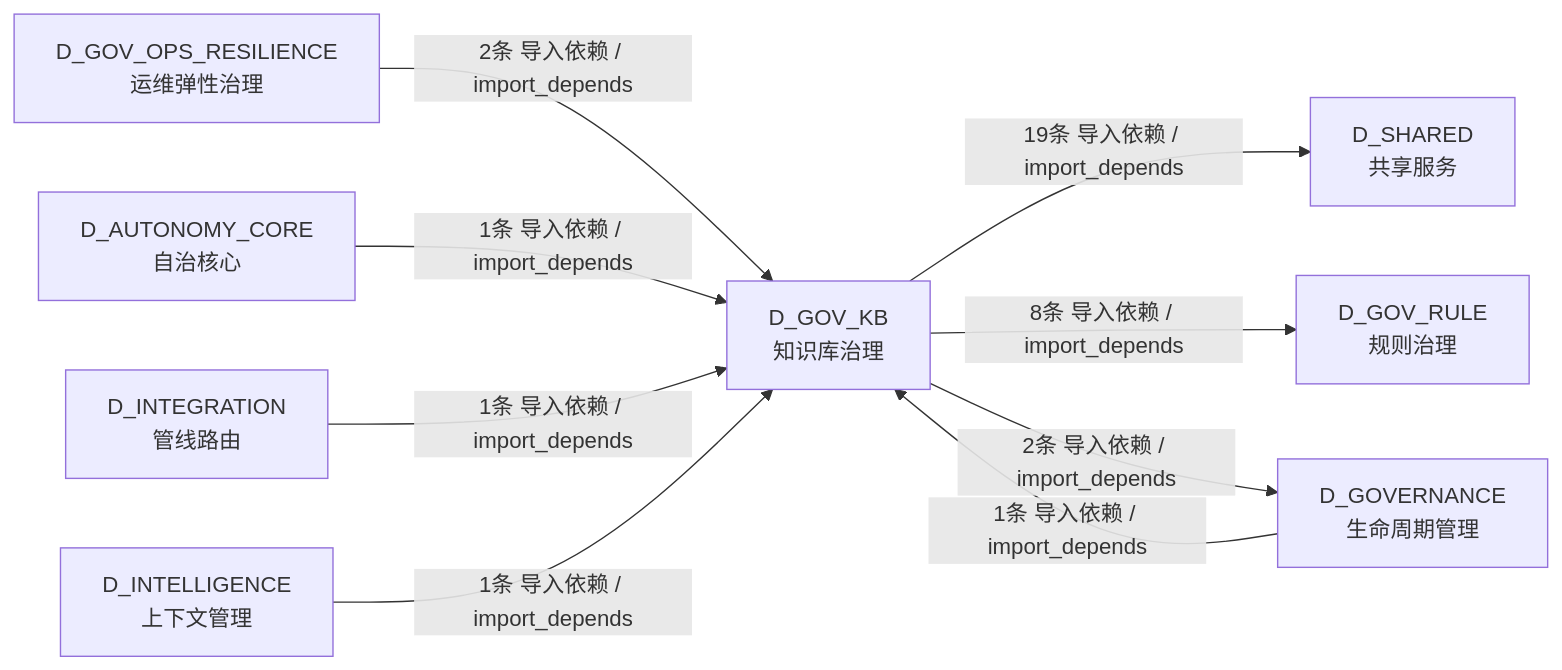
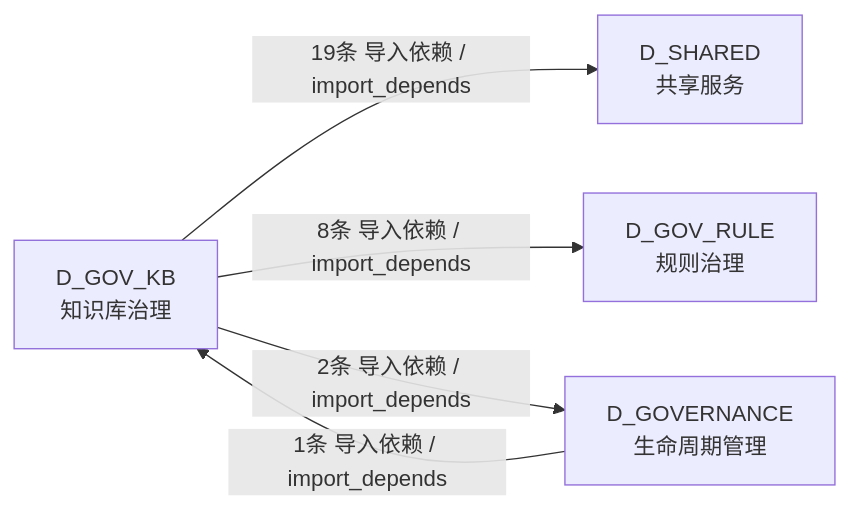
Before and after one commit to xuanFelixVan/ZephyrAlpha: the fourth of 4 diagrams in docs/02_enterprise_architecture/02_domain_architecture_docs/43_d_gov_kb.md, drawn with Mermaid. The commit also changed other lines of this file and 126 other files, not shown here.

````diff
--- a/docs/02_enterprise_architecture/02_domain_architecture_docs/43_d_gov_kb.md
+++ b/docs/02_enterprise_architecture/02_domain_architecture_docs/43_d_gov_kb.md
@@ -320,19 +298,11 @@
 ```mermaid
 graph LR
     D_GOV_KB["D_GOV_KB<br/>知识库治理"]
     D_SHARED["D_SHARED<br/>共享服务"]
     D_GOV_RULE["D_GOV_RULE<br/>规则治理"]
     D_GOVERNANCE["D_GOVERNANCE<br/>生命周期管理"]
-    D_GOV_OPS_RESILIENCE["D_GOV_OPS_RESILIENCE<br/>运维弹性治理"]
-    D_AUTONOMY_CORE["D_AUTONOMY_CORE<br/>自治核心"]
-    D_INTEGRATION["D_INTEGRATION<br/>管线路由"]
-    D_INTELLIGENCE["D_INTELLIGENCE<br/>上下文管理"]
     D_GOV_KB -->|19条 导入依赖 / import_depends| D_SHARED
     D_GOV_KB -->|8条 导入依赖 / import_depends| D_GOV_RULE
     D_GOV_KB -->|2条 导入依赖 / import_depends| D_GOVERNANCE
-    D_GOV_OPS_RESILIENCE -->|2条 导入依赖 / import_depends| D_GOV_KB
-    D_AUTONOMY_CORE -->|1条 导入依赖 / import_depends| D_GOV_KB
     D_GOVERNANCE -->|1条 导入依赖 / import_depends| D_GOV_KB
-    D_INTEGRATION -->|1条 导入依赖 / import_depends| D_GOV_KB
-    D_INTELLIGENCE -->|1条 导入依赖 / import_depends| D_GOV_KB
 ```
````
